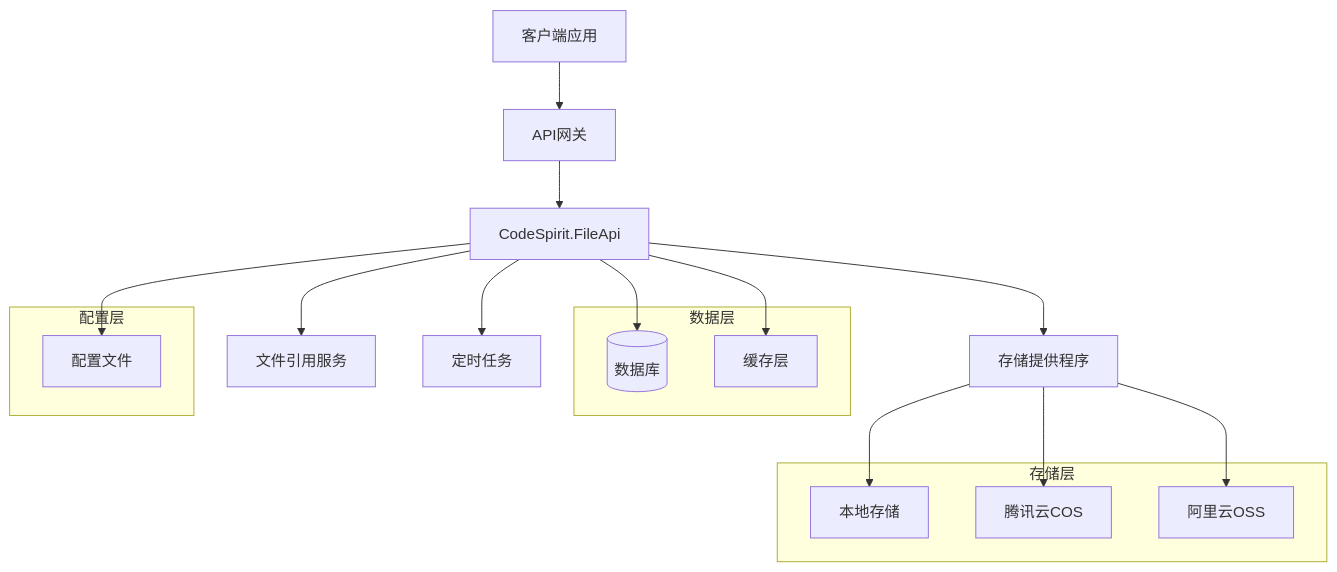
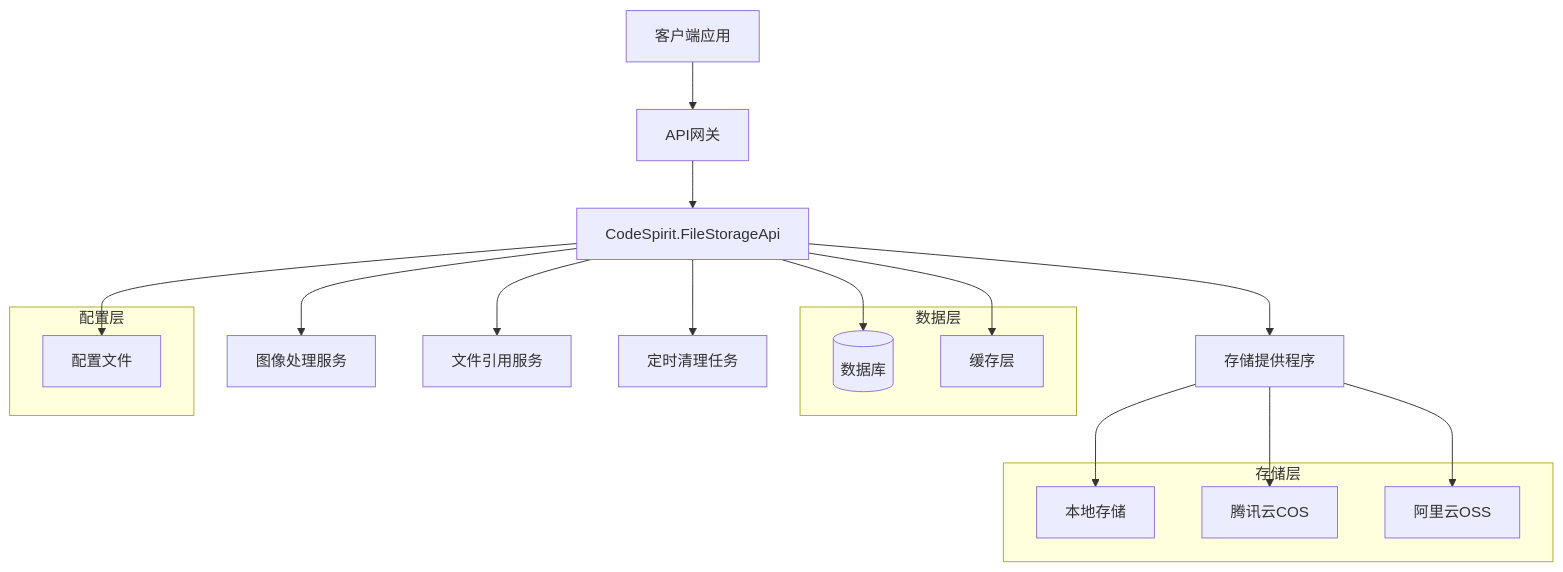
One commit to jianyuyanyu/CodeSpirit changed the first of 4 diagrams in Docs/06-Infrastructure/CodeSpirit文件存储服务方案实现.md. Above: the diagram before and after it, drawn with Mermaid. The commit also changed other lines of this file and 11 other files, not shown here.

````diff
--- a/Docs/06-Infrastructure/CodeSpirit文件存储服务方案实现.md
+++ b/Docs/06-Infrastructure/CodeSpirit文件存储服务方案实现.md
@@ -30,31 +31,32 @@
 ```mermaid
 graph TB
     Client[客户端应用] --> Gateway[API网关]
-    Gateway --> FileApi[CodeSpirit.FileApi]
-    FileApi --> StorageProvider[存储提供程序]
-    FileApi --> Database[(数据库)]
-    FileApi --> Cache[缓存层]
-    FileApi --> Config[配置文件]
+    Gateway --> FileStorageApi[CodeSpirit.FileStorageApi]
+    FileStorageApi --> StorageProvider[存储提供程序]
+    FileStorageApi --> Database[(数据库)]
+    FileStorageApi --> Cache[缓存层]
+    FileStorageApi --> Config[配置文件]
     
     StorageProvider --> Local[本地存储]
     StorageProvider --> TencentCOS[腾讯云COS]
     StorageProvider --> AliOSS[阿里云OSS]
     
-    FileApi --> RefService[文件引用服务]
-    FileApi --> Scheduler[定时任务]
+    FileStorageApi --> ImageService[图像处理服务]
+    FileStorageApi --> RefService[文件引用服务]
+    FileStorageApi --> Scheduler[定时清理任务]
     
     subgraph "存储层"
         Local
         TencentCOS
         AliOSS
     end
     
     subgraph "数据层"
         Database
         Cache
     end
     
     subgraph "配置层"
         Config
     end
 ```
````
